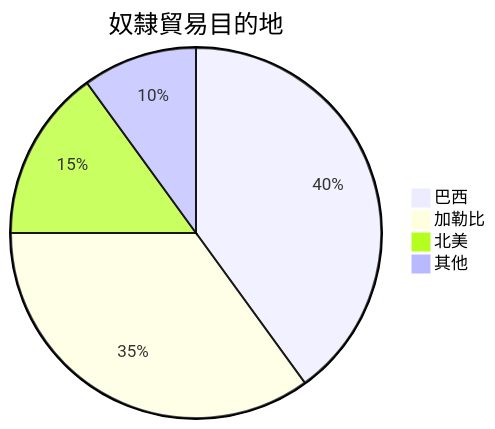
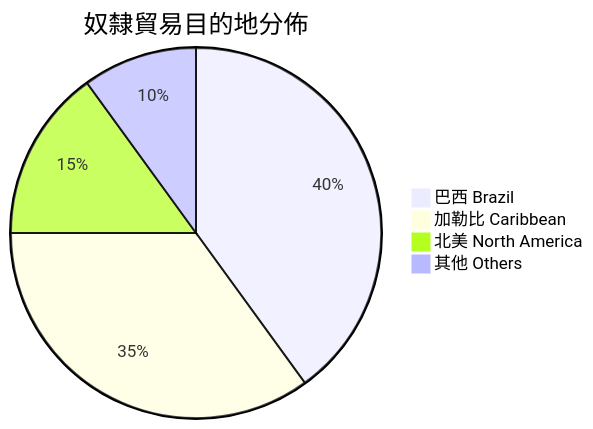
The seventh of 10 diagrams in 01_HKU_Courses/HIST2230_Early_modern_Atlantic_Worlds.md (yip-lgtm/HKU-Harvard-History-Self-Study), drawn with Mermaid before and after one commit. The commit also changed other lines of this file and 65 other files, not shown here.

````diff
--- a/01_HKU_Courses/HIST2230_Early_modern_Atlantic_Worlds.md
+++ b/01_HKU_Courses/HIST2230_Early_modern_Atlantic_Worlds.md
@@ -120,7 +342,7 @@
 ```mermaid
-pie title 奴隸貿易目的地
-    "巴西" : 40
-    "加勒比" : 35
-    "北美" : 15
-    "其他" : 10
+pie title 奴隸貿易目的地分佈
+    "巴西 Brazil" : 40
+    "加勒比 Caribbean" : 35
+    "北美 North America" : 15
+    "其他 Others" : 10
 ```
````
